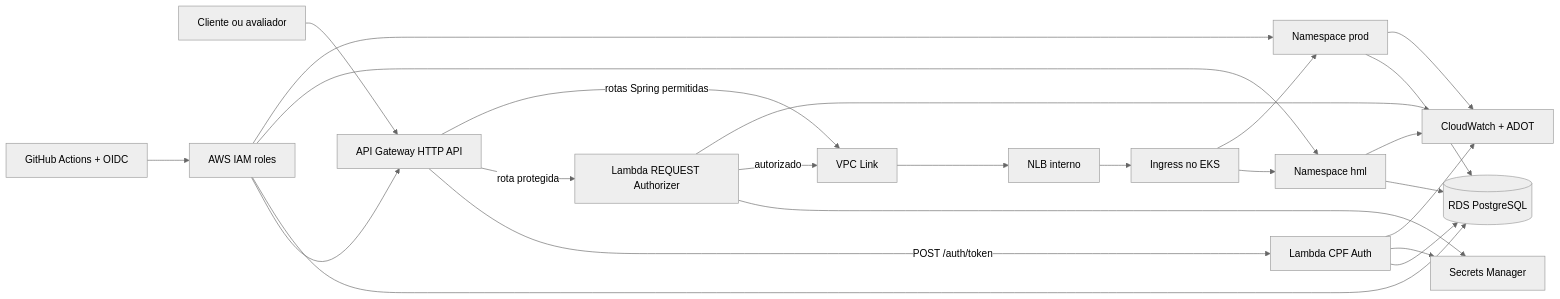
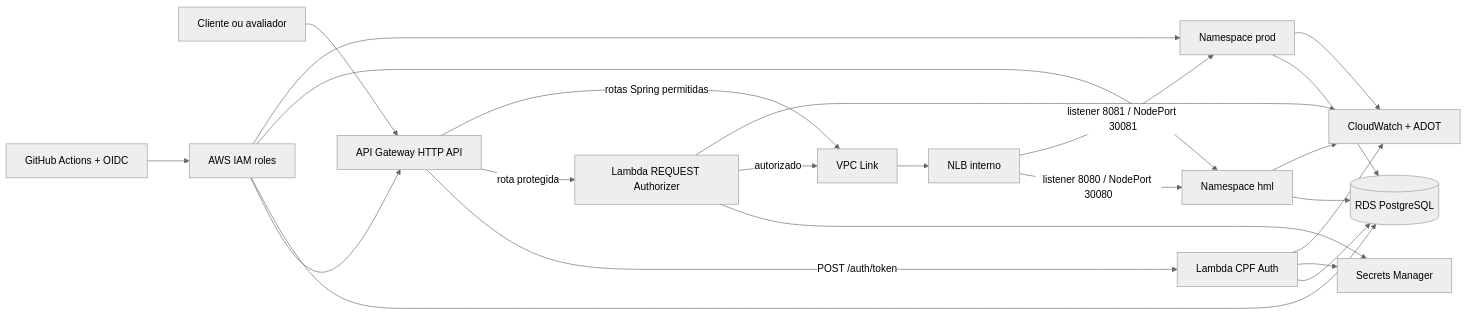
Before and after one commit to DevEgF/soat-oficina-app: the first of 2 diagrams in docs/superpowers/specs/2026-08-31-fase-3-aws-design.md, drawn with Mermaid (neutral theme). The commit also changed other lines of this file and 5 other files, not shown here.

````diff
--- a/docs/superpowers/specs/2026-08-31-fase-3-aws-design.md
+++ b/docs/superpowers/specs/2026-08-31-fase-3-aws-design.md
@@ -78,26 +78,25 @@
 ```mermaid
 flowchart LR
     U[Cliente ou avaliador] --> APIGW[API Gateway HTTP API]
     APIGW -->|POST /auth/token| AUTH[Lambda CPF Auth]
     APIGW -->|rota protegida| AZ[Lambda REQUEST Authorizer]
     AUTH --> RDS[(RDS PostgreSQL)]
     AUTH --> SM[Secrets Manager]
     AZ --> SM
     AZ -->|autorizado| VPCL[VPC Link]
     APIGW -->|rotas Spring permitidas| VPCL
     VPCL --> NLB[NLB interno]
-    NLB --> ING[Ingress no EKS]
-    ING --> HML[Namespace hml]
-    ING --> PROD[Namespace prod]
+    NLB -->|listener 8080 / NodePort 30080| HML[Namespace hml]
+    NLB -->|listener 8081 / NodePort 30081| PROD[Namespace prod]
     HML --> RDS
     PROD --> RDS
     HML --> CW[CloudWatch + ADOT]
     PROD --> CW
     AUTH --> CW
     AZ --> CW
     GHA[GitHub Actions + OIDC] --> AWS[AWS IAM roles]
     AWS --> APIGW
     AWS --> RDS
     AWS --> HML
     AWS --> PROD
 ```
````
